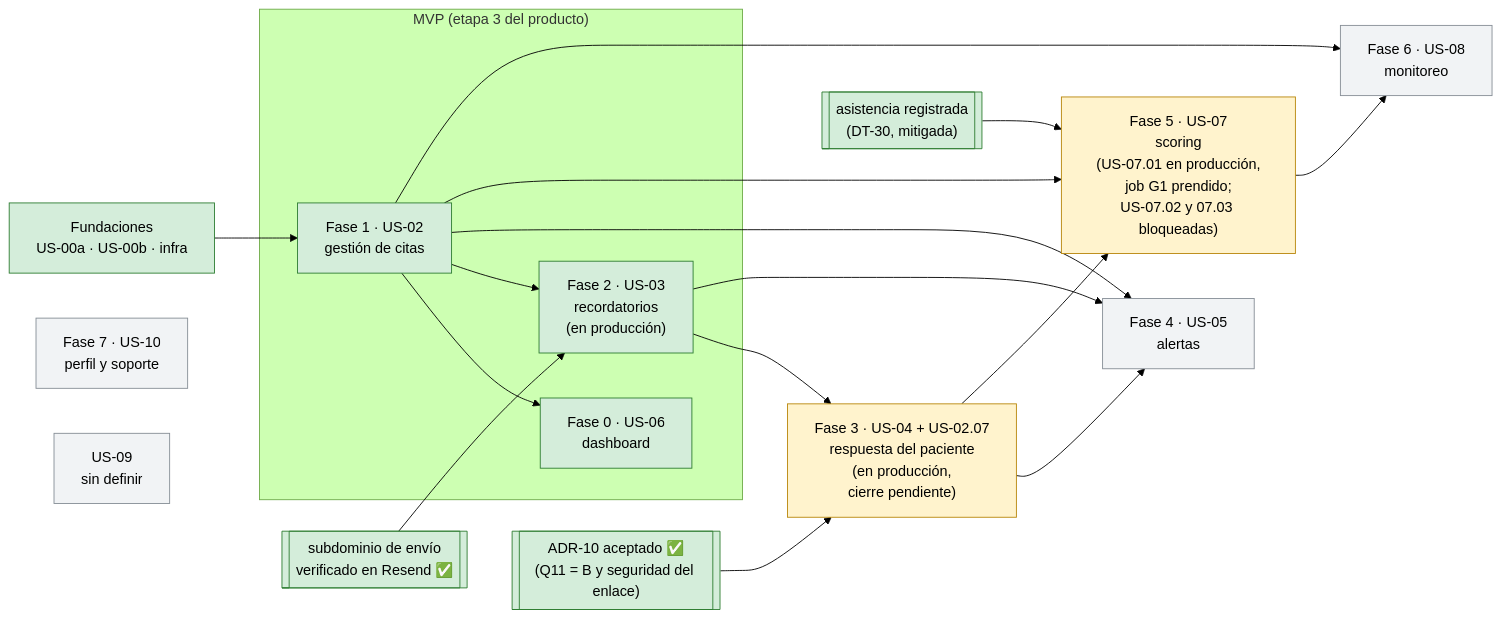
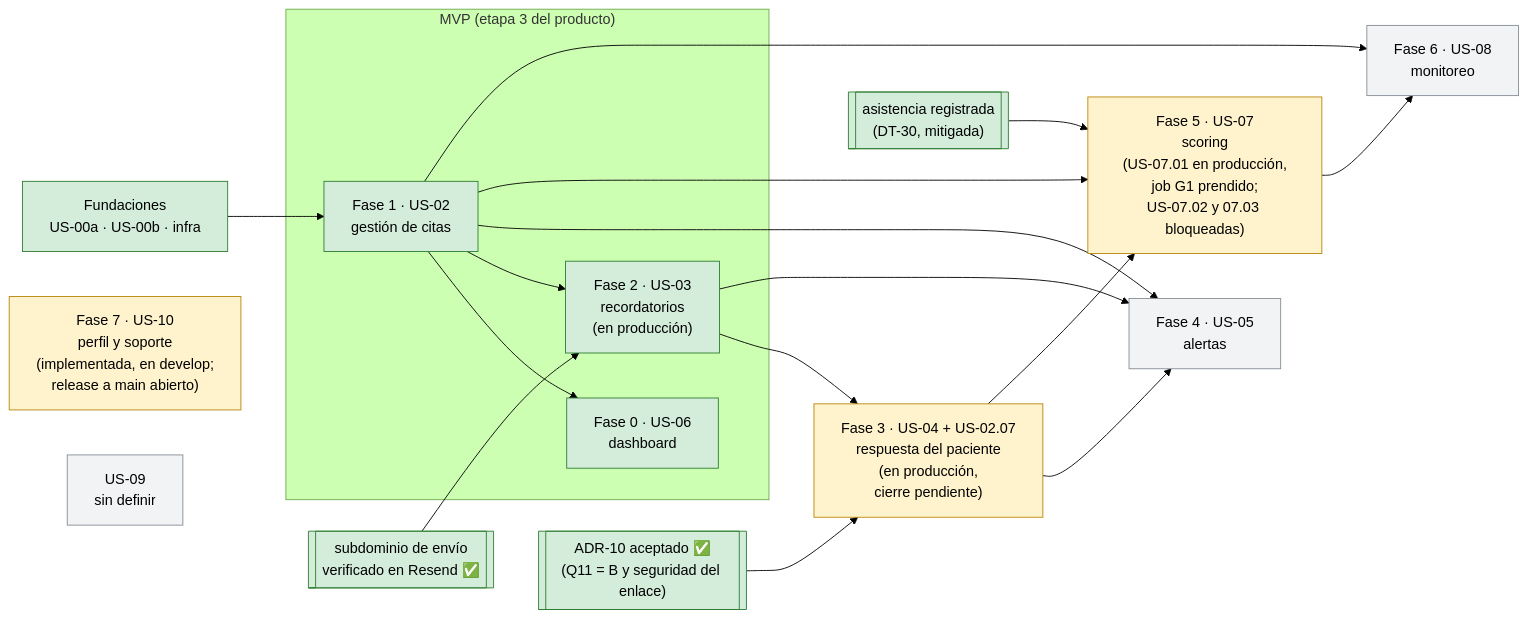
The diagram in context/Fases/README.md (Citia-solutions/citia-backend), drawn with Mermaid (forest theme) before and after one commit. The commit also changed other lines of this file and 30 other files, not shown here.

````diff
--- a/context/Fases/README.md
+++ b/context/Fases/README.md
@@ -99,41 +115,41 @@
 ```mermaid
 flowchart LR
   B["Fundaciones<br/>US-00a · US-00b · infra"]:::hecho
 
   subgraph MVP["MVP (etapa 3 del producto)"]
     F1["Fase 1 · US-02<br/>gestión de citas"]:::hecho
     F0["Fase 0 · US-06<br/>dashboard"]:::hecho
     F2["Fase 2 · US-03<br/>recordatorios<br/>(en producción)"]:::hecho
   end
 
   F3["Fase 3 · US-04 + US-02.07<br/>respuesta del paciente<br/>(en producción,<br/>cierre pendiente)"]:::disenada
   F4["Fase 4 · US-05<br/>alertas"]:::pendiente
   F5["Fase 5 · US-07<br/>scoring<br/>(US-07.01 en producción,<br/>job G1 prendido;<br/>US-07.02 y 07.03 bloqueadas)"]:::disenada
   F6["Fase 6 · US-08<br/>monitoreo"]:::pendiente
-  F7["Fase 7 · US-10<br/>perfil y soporte"]:::pendiente
+  F7["Fase 7 · US-10<br/>perfil y soporte<br/>(implementada, en develop;<br/>release a main abierto)"]:::disenada
   U9["US-09<br/>sin definir"]:::pendiente
 
   DOM[["subdominio de envío<br/>verificado en Resend ✅"]]:::hecho
   A10[["ADR-10 aceptado ✅<br/>(Q11 = B y seguridad del enlace)"]]:::hecho
   D30[["asistencia registrada<br/>(DT-30, mitigada)"]]:::hecho
 
   B --> F1
   F1 --> F0
   F1 --> F2
   DOM --> F2
   F2 --> F3
   A10 --> F3
   F1 --> F4
   F2 --> F4
   F3 --> F4
   F1 --> F5
   F3 --> F5
   D30 --> F5
   F1 --> F6
   F5 --> F6
 
   classDef hecho fill:#d4edda,stroke:#2e7d32
   classDef disenada fill:#fff3cd,stroke:#b8860b
   classDef pendiente fill:#f1f3f5,stroke:#868e96
   classDef aplazada fill:#e7eaf6,stroke:#5c6bc0
 ```
````
